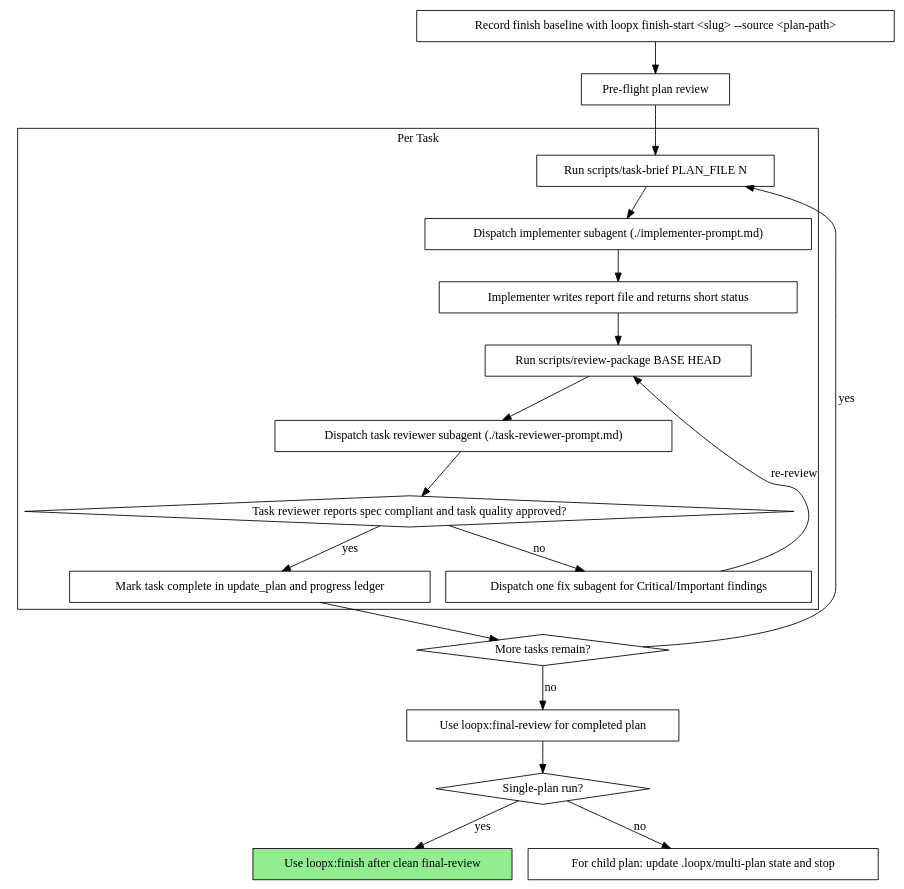
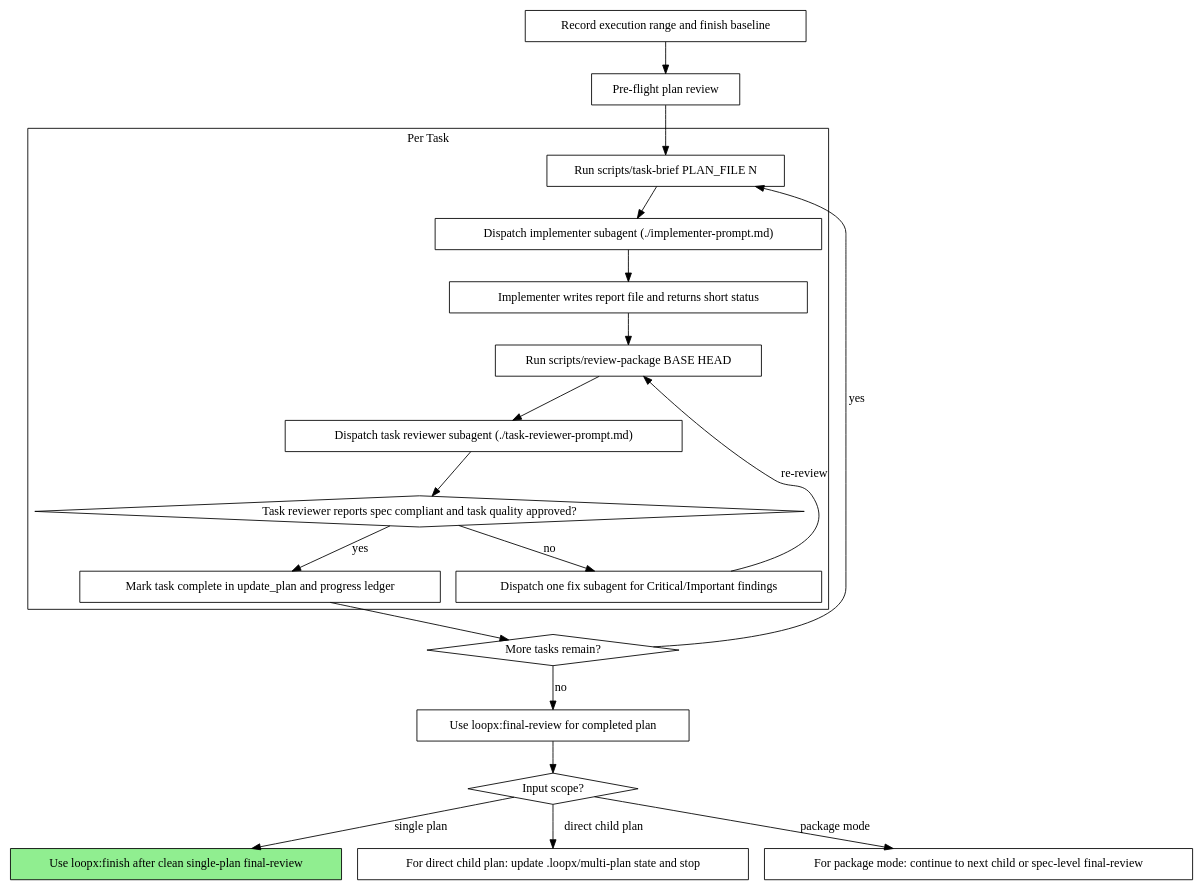
One commit to hugh-zhan9/loopx changed the diagram in skills/subagent-exec/SKILL.md. Above: the diagram before and after it, drawn with Graphviz. The commit also changed other lines of this file and 1 other file, not shown here.

Commit message:
Add subagent multi-plan package mode contract

````diff
--- a/skills/subagent-exec/SKILL.md
+++ b/skills/subagent-exec/SKILL.md
@@ -63,42 +151,44 @@
 ```dot
 digraph process {
     rankdir=TB;
 
     subgraph cluster_per_task {
         label="Per Task";
         "Run scripts/task-brief PLAN_FILE N" [shape=box];
         "Dispatch implementer subagent (./implementer-prompt.md)" [shape=box];
         "Implementer writes report file and returns short status" [shape=box];
         "Run scripts/review-package BASE HEAD" [shape=box];
         "Dispatch task reviewer subagent (./task-reviewer-prompt.md)" [shape=box];
         "Task reviewer reports spec compliant and task quality approved?" [shape=diamond];
         "Dispatch one fix subagent for Critical/Important findings" [shape=box];
         "Mark task complete in update_plan and progress ledger" [shape=box];
     }
 
-    "Record finish baseline with loopx finish-start <slug> --source <plan-path>" [shape=box];
+    "Record execution range and finish baseline" [shape=box];
     "Pre-flight plan review" [shape=box];
     "More tasks remain?" [shape=diamond];
     "Use loopx:final-review for completed plan" [shape=box];
-    "Single-plan run?" [shape=diamond];
-    "Use loopx:finish after clean final-review" [shape=box style=filled fillcolor=lightgreen];
-    "For child plan: update .loopx/multi-plan state and stop" [shape=box];
+    "Input scope?" [shape=diamond];
+    "Use loopx:finish after clean single-plan final-review" [shape=box style=filled fillcolor=lightgreen];
+    "For direct child plan: update .loopx/multi-plan state and stop" [shape=box];
+    "For package mode: continue to next child or spec-level final-review" [shape=box];
 
-    "Record finish baseline with loopx finish-start <slug> --source <plan-path>" -> "Pre-flight plan review";
+    "Record execution range and finish baseline" -> "Pre-flight plan review";
     "Pre-flight plan review" -> "Run scripts/task-brief PLAN_FILE N";
     "Run scripts/task-brief PLAN_FILE N" -> "Dispatch implementer subagent (./implementer-prompt.md)";
     "Dispatch implementer subagent (./implementer-prompt.md)" -> "Implementer writes report file and returns short status";
     "Implementer writes report file and returns short status" -> "Run scripts/review-package BASE HEAD";
     "Run scripts/review-package BASE HEAD" -> "Dispatch task reviewer subagent (./task-reviewer-prompt.md)";
     "Dispatch task reviewer subagent (./task-reviewer-prompt.md)" -> "Task reviewer reports spec compliant and task quality approved?";
     "Task reviewer reports spec compliant and task quality approved?" -> "Dispatch one fix subagent for Critical/Important findings" [label="no"];
     "Dispatch one fix subagent for Critical/Important findings" -> "Run scripts/review-package BASE HEAD" [label="re-review"];
     "Task reviewer reports spec compliant and task quality approved?" -> "Mark task complete in update_plan and progress ledger" [label="yes"];
     "Mark task complete in update_plan and progress ledger" -> "More tasks remain?";
     "More tasks remain?" -> "Run scripts/task-brief PLAN_FILE N" [label="yes"];
     "More tasks remain?" -> "Use loopx:final-review for completed plan" [label="no"];
-    "Use loopx:final-review for completed plan" -> "Single-plan run?";
-    "Single-plan run?" -> "Use loopx:finish after clean final-review" [label="yes"];
-    "Single-plan run?" -> "For child plan: update .loopx/multi-plan state and stop" [label="no"];
+    "Use loopx:final-review for completed plan" -> "Input scope?";
+    "Input scope?" -> "Use loopx:finish after clean single-plan final-review" [label="single plan"];
+    "Input scope?" -> "For direct child plan: update .loopx/multi-plan state and stop" [label="direct child plan"];
+    "Input scope?" -> "For package mode: continue to next child or spec-level final-review" [label="package mode"];
 }
 ```
````
